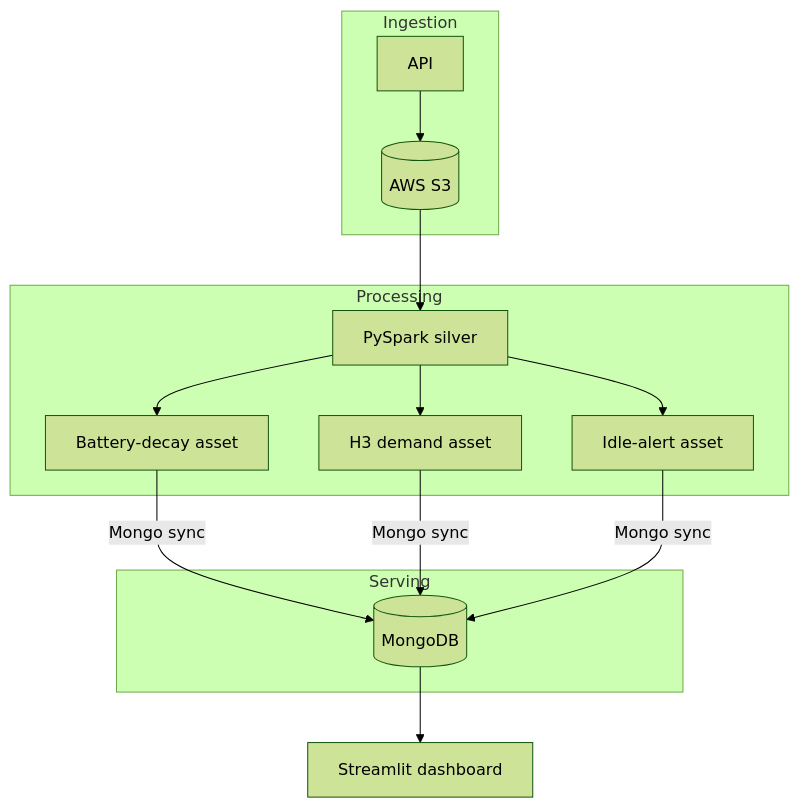
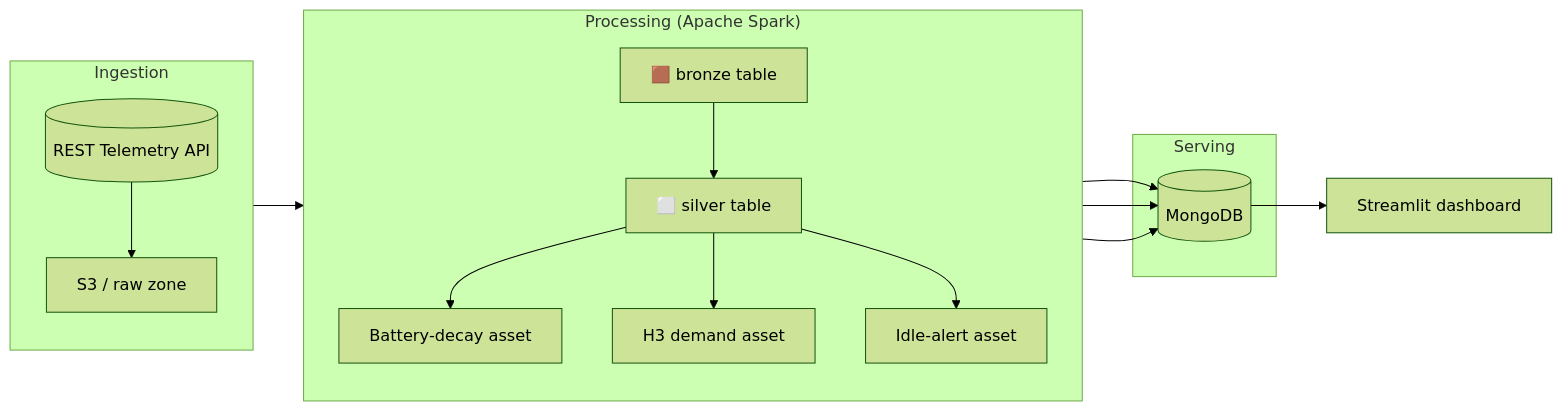
One commit to JosephJ7/diss-project changed the diagram in README.md. Above: the diagram before and after it, drawn with Mermaid (forest theme).

Commit message:
[ADD] : arth

````diff
--- a/README.md
+++ b/README.md
@@ -38,16 +38,25 @@
 ```mermaid
-flowchart TD
-  subgraph Ingestion
-    A[API] --> S3[(AWS S3)]
+flowchart LR
+  %% Ingestion layer
+  subgraph Ingestion ["Ingestion"]
+    direction TB
+    API[(REST Telemetry API)] --> S3raw[S3 / raw zone]
   end
-  subgraph Processing
-    S3 --> C[PySpark silver]
-    C --> D1[Battery‑decay asset]
-    C --> D2[H3 demand asset]
-    C --> D3[Idle‑alert asset]
+
+  %% Processing layer
+  subgraph Processing ["Processing (Apache Spark)"]
+    direction TB
+    S3raw --> Bronze[🟫 bronze table]
+    Bronze --> Silver[⬜ silver table]
+    Silver --> Battery[Battery‑decay asset]
+    Silver --> Demand[H3 demand asset]
+    Silver --> Idle[Idle‑alert asset]
   end
-  subgraph Serving
-    D1 & D2 & D3 -->|Mongo sync| M[(MongoDB)]
+
+  %% Serving layer
+  subgraph Serving ["Serving"]
+    Battery & Demand & Idle --> Mongo[(MongoDB)]
   end
-  M --> E[Streamlit dashboard]
+
+  Mongo --> Streamlit[Streamlit dashboard]
 ```
````
